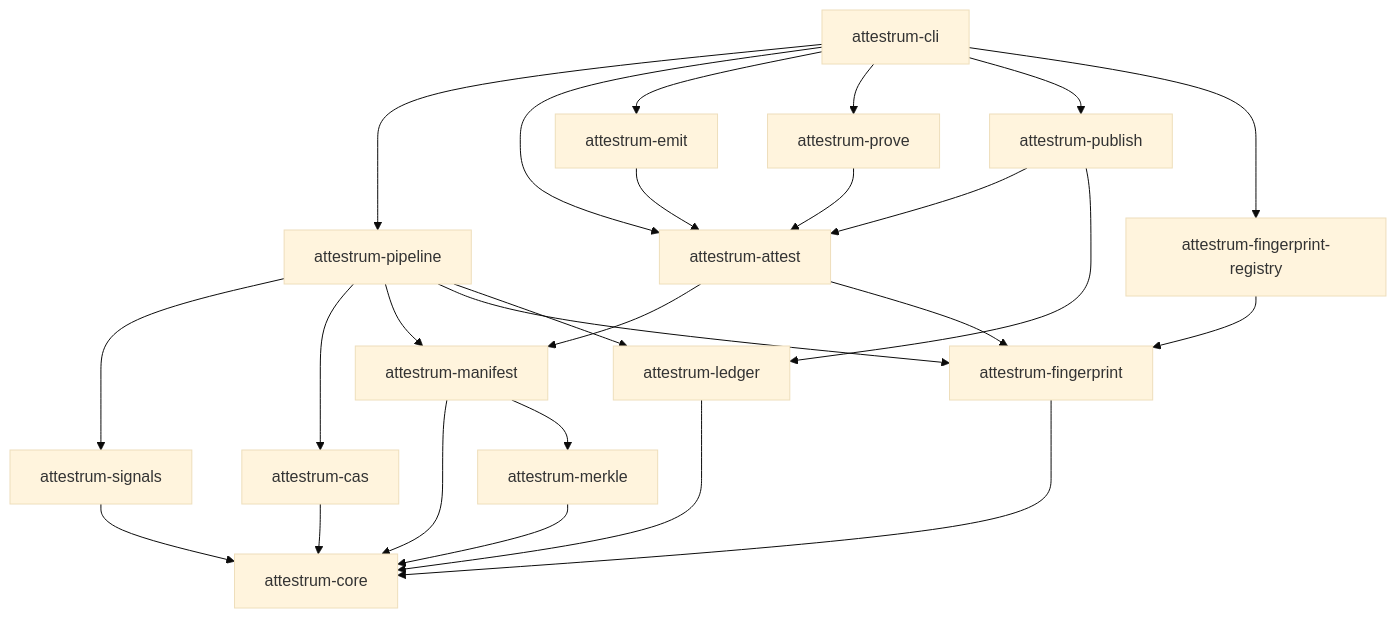
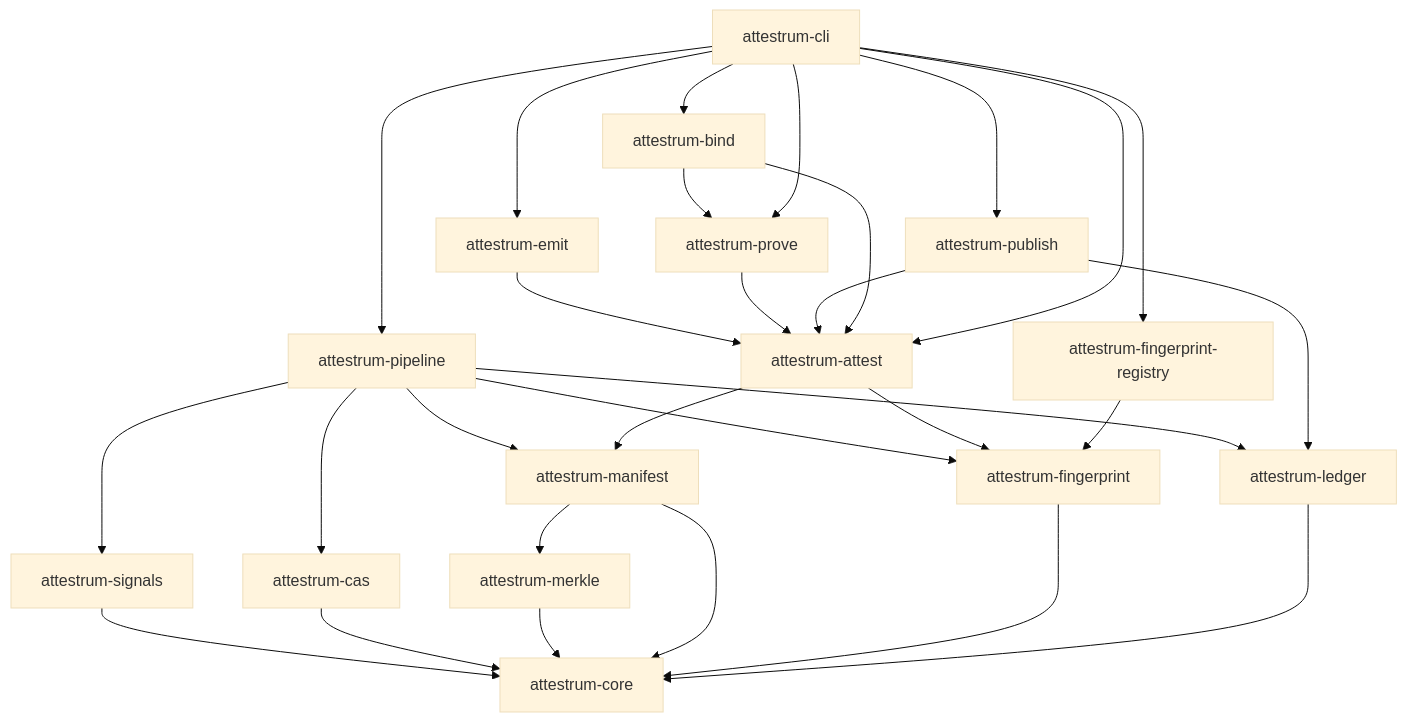
The diagram in docs/diagrams/overview/crate-deps.md (Attestrum/Attestrum), drawn with Mermaid (base theme) before and after one commit. The commit also changed other lines of this file and 12 other files, not shown here.

First line of the commit message:
docs(diagrams): refresh stale last_verified + add attestrum-bind to crate-deps

````diff
--- a/docs/diagrams/overview/crate-deps.md
+++ b/docs/diagrams/overview/crate-deps.md
@@ -17,31 +17,35 @@
 ```mermaid
 flowchart TD
   S[attestrum-signals] --> C[attestrum-core]
   CAS[attestrum-cas] --> C
   MK[attestrum-merkle] --> C
   M[attestrum-manifest] --> C
   FP[attestrum-fingerprint] --> C
   L[attestrum-ledger] --> C
 
   P[attestrum-pipeline] --> S
   P --> CAS
   P --> M
   P --> FP
   P --> L
   M --> MK
 
   AT[attestrum-attest] --> M
   AT --> FP
   EM[attestrum-emit] --> AT
   PV[attestrum-prove] --> AT
   PB[attestrum-publish] --> AT
   FR[attestrum-fingerprint-registry] --> FP
   PB --> L
 
+  BD[attestrum-bind] --> AT
+  BD --> PV
+
   CLI[attestrum-cli] --> P
   CLI --> AT
   CLI --> EM
   CLI --> PV
   CLI --> PB
   CLI --> FR
+  CLI --> BD
 ```
````
